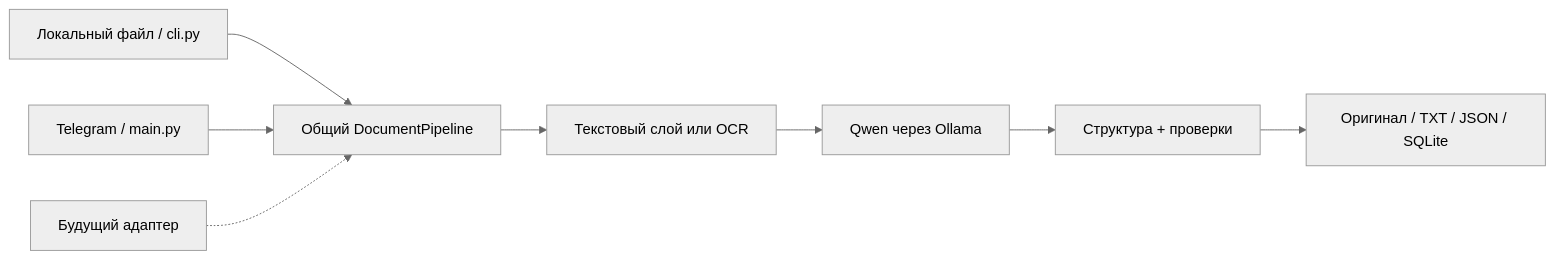
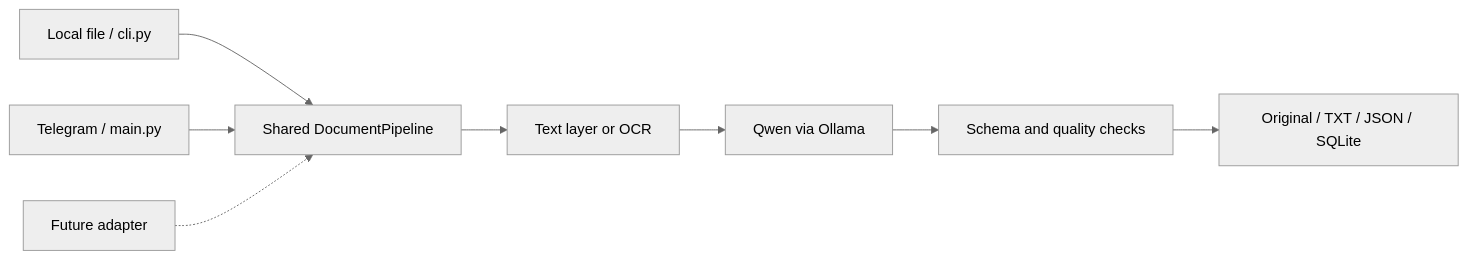
Before and after one commit to Djancer/scan-everything: the diagram in README.md, drawn with Mermaid (neutral theme). The commit also changed other lines of this file and 4 other files, not shown here.

````diff
--- a/README.md
+++ b/README.md
@@ -25,10 +29,10 @@
 ```mermaid
 flowchart LR
-    File[Локальный файл / cli.py] --> Core[Общий DocumentPipeline]
+    File[Local file / cli.py] --> Core[Shared DocumentPipeline]
     Bot[Telegram / main.py] --> Core
-    Other[Будущий адаптер] -.-> Core
-    Core --> Text[Текстовый слой или OCR]
-    Text --> Qwen[Qwen через Ollama]
-    Qwen --> Check[Структура + проверки]
-    Check --> Save[Оригинал / TXT / JSON / SQLite]
+    Other[Future adapter] -.-> Core
+    Core --> Text[Text layer or OCR]
+    Text --> Qwen[Qwen via Ollama]
+    Qwen --> Check[Schema and quality checks]
+    Check --> Save[Original / TXT / JSON / SQLite]
 ```
````
